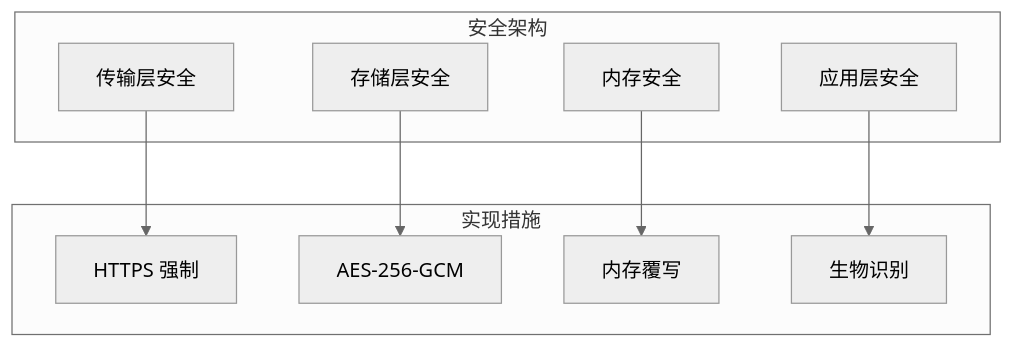
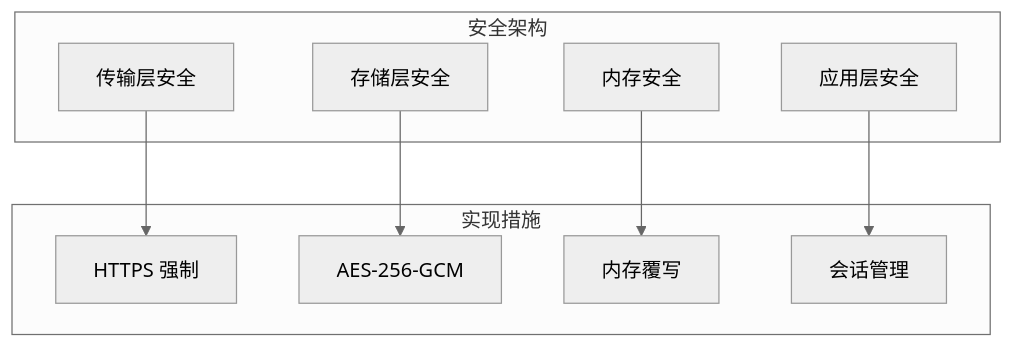
Before and after one commit to morning-start/vaultly: the sixth of 7 diagrams in wiki/角色视图/架构师视图.md, drawn with Mermaid (neutral theme). The commit also changed other lines of this file and 20 other files, not shown here.

````diff
--- a/wiki/角色视图/架构师视图.md
+++ b/wiki/角色视图/架构师视图.md
@@ -242,21 +254,21 @@
 ```mermaid
 graph TB
     subgraph "安全架构"
         L1[传输层安全]
         L2[存储层安全]
         L3[内存安全]
         L4[应用层安全]
     end
     
     subgraph "实现措施"
         M1[HTTPS 强制]
         M2[AES-256-GCM]
         M3[内存覆写]
-        M4[生物识别]
+        M4[会话管理]
     end
     
     L1 --> M1
     L2 --> M2
     L3 --> M3
     L4 --> M4
 ```
````
